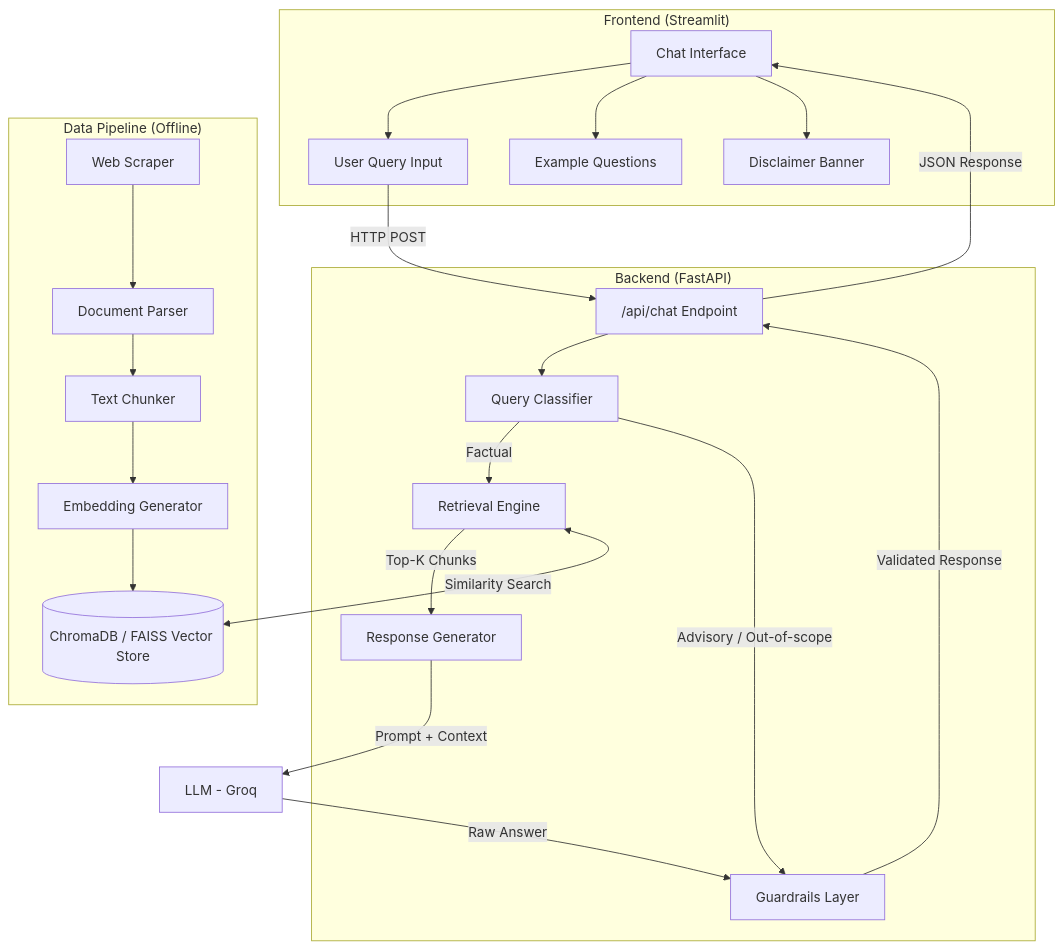
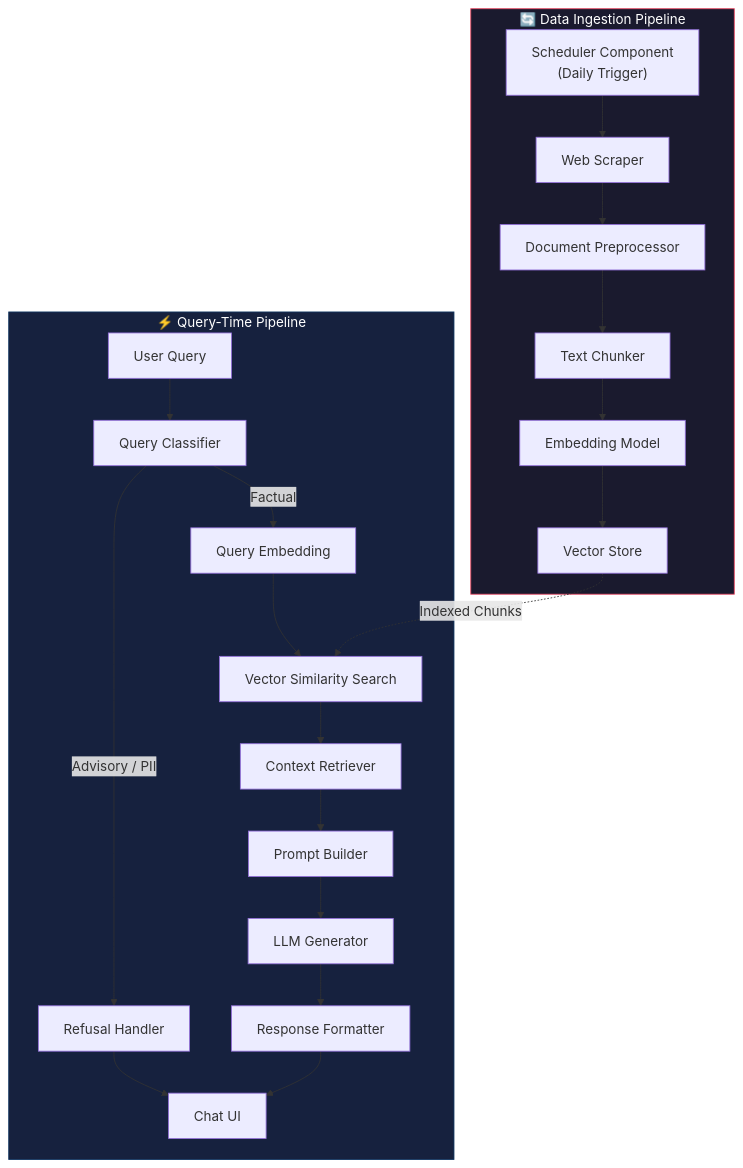
Before and after one commit to PranavKuntewar04/RAG_CHATBOT: the first of 7 diagrams in docs/architecture.md, drawn with Mermaid. The commit also changed other lines of this file and 86 other files, not shown here.

````diff
--- a/docs/architecture.md
+++ b/docs/architecture.md
@@ -9,34 +9,28 @@
 ```mermaid
 flowchart TB
-    subgraph UI["Frontend (Streamlit)"]
-        A[Chat Interface] --> B[User Query Input]
-        A --> C[Example Questions]
-        A --> D[Disclaimer Banner]
+    subgraph Ingestion["🔄 Data Ingestion Pipeline"]
+        SCHED["Scheduler Component\n(Daily Trigger)"] --> A
+        A["Web Scraper"] --> B["Document Preprocessor"]
+        B --> C["Text Chunker"]
+        C --> D["Embedding Model"]
+        D --> E["Vector Store"]
     end
 
-    subgraph BACKEND["Backend (FastAPI)"]
-        E["/api/chat Endpoint"]
-        F[Query Classifier]
-        G[Retrieval Engine]
-        H[Response Generator]
-        I[Guardrails Layer]
+    subgraph Runtime["⚡ Query-Time Pipeline"]
+        F["User Query"] --> G["Query Classifier"]
+        G -->|Factual| H["Query Embedding"]
+        G -->|Advisory / PII| I["Refusal Handler"]
+        H --> J["Vector Similarity Search"]
+        J --> K["Context Retriever"]
+        K --> L["Prompt Builder"]
+        L --> M["LLM Generator"]
+        M --> N["Response Formatter"]
+        N --> O["Chat UI"]
+        I --> O
     end
 
-    subgraph DATA["Data Pipeline (Offline)"]
-        J[Web Scraper] --> K[Document Parser]
-        K --> L[Text Chunker]
-        L --> M[Embedding Generator]
-        M --> N[(ChromaDB / FAISS Vector Store)]
-    end
+    E -.->|"Indexed Chunks"| J
 
-    B -->|HTTP POST| E
-    E --> F
-    F -->|Factual| G
-    F -->|Advisory / Out-of-scope| I
-    G -->|Top-K Chunks| H
-    H -->|Prompt + Context| O[LLM - Groq]
-    O -->|Raw Answer| I
-    I -->|Validated Response| E
-    E -->|JSON Response| A
-    G <-->|Similarity Search| N
+    style Ingestion fill:#1a1a2e,stroke:#e94560,color:#fff
+    style Runtime fill:#16213e,stroke:#0f3460,color:#fff
 ```
````
